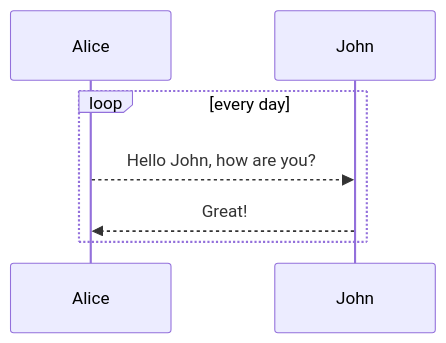
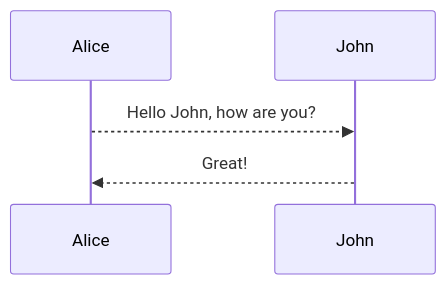
The first of 2 diagrams in _posts/2021-01-15-dominator.md (miaozhuojun/miaozhuojun.github.io), drawn with Mermaid before and after one commit.

```diff
--- a/_posts/2021-01-15-dominator.md
+++ b/_posts/2021-01-15-dominator.md
@@ -21,7 +21,5 @@
       <div class="mermaid">
       sequenceDiagram
-        loop every day
           Alice-->>John: Hello John, how are you?
           John-->>Alice: Great!
-        end
       </div>
```
